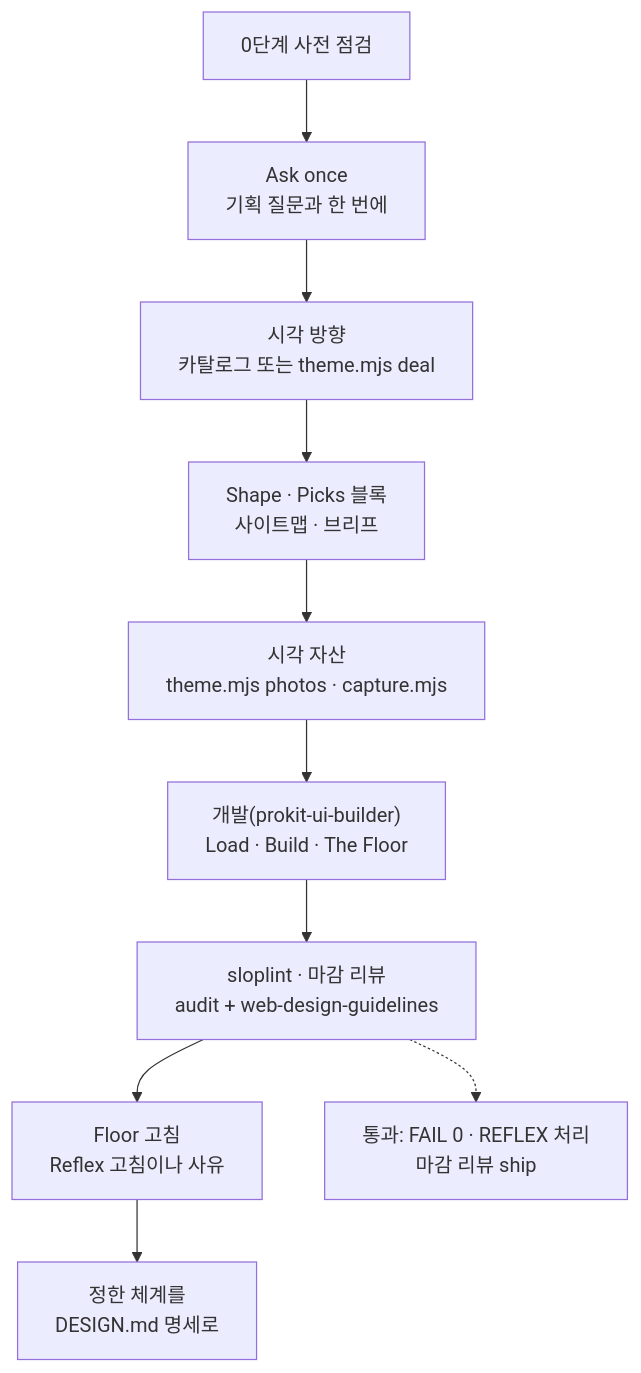
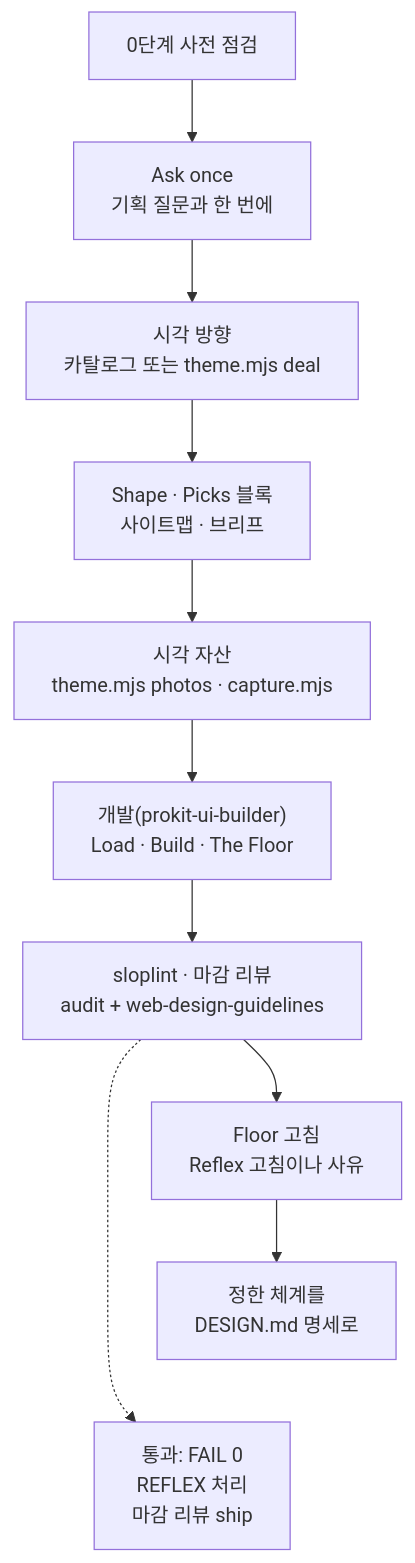
Before and after one commit to roadkwon-ai/pro-kit: the fourth of 6 diagrams in handbook/design/ui-flow.md, drawn with Mermaid. The commit also changed other lines of this file and 26 other files, not shown here.

````diff
--- a/handbook/design/ui-flow.md
+++ b/handbook/design/ui-flow.md
@@ -206,17 +211,18 @@
 ```mermaid
 ---
 config:
   flowchart:
-    wrappingWidth: 300
+    wrappingWidth: 240
 ---
 flowchart TB
   C["0단계 사전 점검"] --> I["Ask once<br/>기획 질문과 한 번에"]
   I --> V["시각 방향<br/>카탈로그 또는 theme.mjs deal"]
   V --> S["Shape · Picks 블록<br/>사이트맵 · 브리프"]
   S --> A["시각 자산<br/>theme.mjs photos · capture.mjs"]
   A --> B["개발(prokit-ui-builder)<br/>Load · Build · The Floor"]
   B --> R["sloplint · 마감 리뷰<br/>audit + web-design-guidelines"]
   R --> P["Floor 고침<br/>Reflex 고침이나 사유"]
   P --> D["정한 체계를<br/>DESIGN.md 명세로"]
-  R -.-> G["통과: FAIL 0 · REFLEX 처리<br/>마감 리뷰 ship"]
+  R -.-> G["통과: FAIL 0<br/>REFLEX 처리<br/>마감 리뷰 ship"]
+  D ~~~ G
 ```
````
